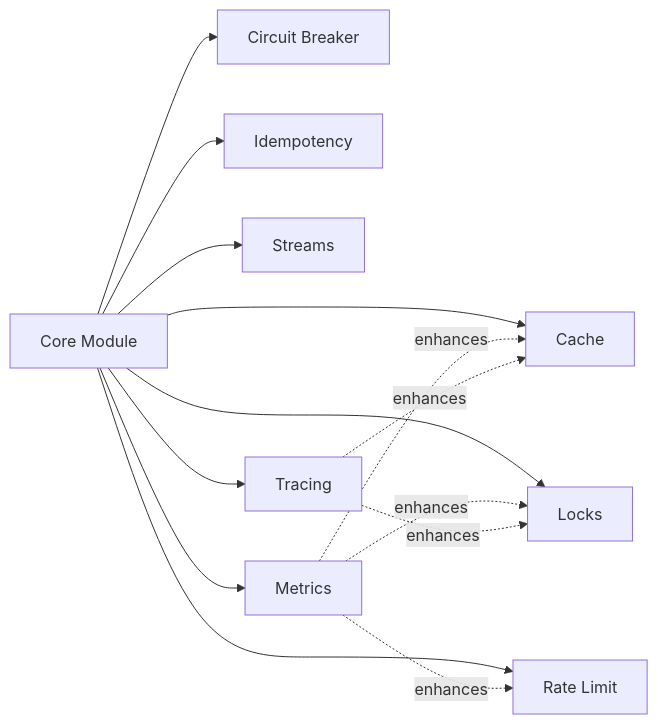
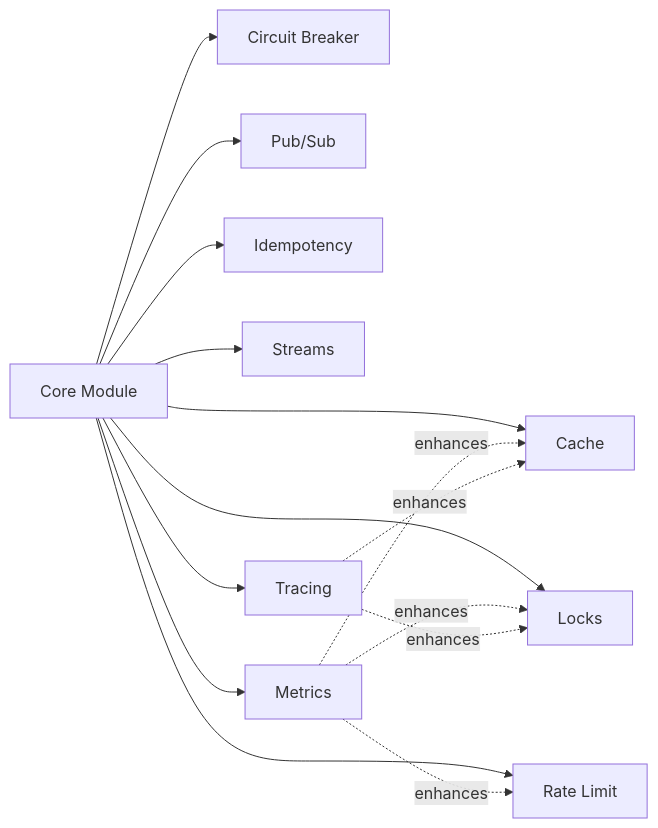
The second of 2 diagrams in website/en/guide/decision-guide.md (nestjs-redisx/nestjs-redisx), drawn with Mermaid before and after one commit. The commit also changed other lines of this file and 28 other files, not shown here.

````diff
--- a/website/en/guide/decision-guide.md
+++ b/website/en/guide/decision-guide.md
@@ -110,17 +112,18 @@
 ```mermaid
 graph LR
     Core[Core Module] --> Cache
     Core --> Locks
     Core --> RateLimit[Rate Limit]
     Core --> CircuitBreaker[Circuit Breaker]
+    Core --> PubSub[Pub/Sub]
     Core --> Idempotency
     Core --> Streams
     Core --> Metrics
     Core --> Tracing
     
     Metrics -.->|enhances| Cache
     Metrics -.->|enhances| Locks
     Metrics -.->|enhances| RateLimit
     Tracing -.->|enhances| Cache
     Tracing -.->|enhances| Locks
 ```
````
